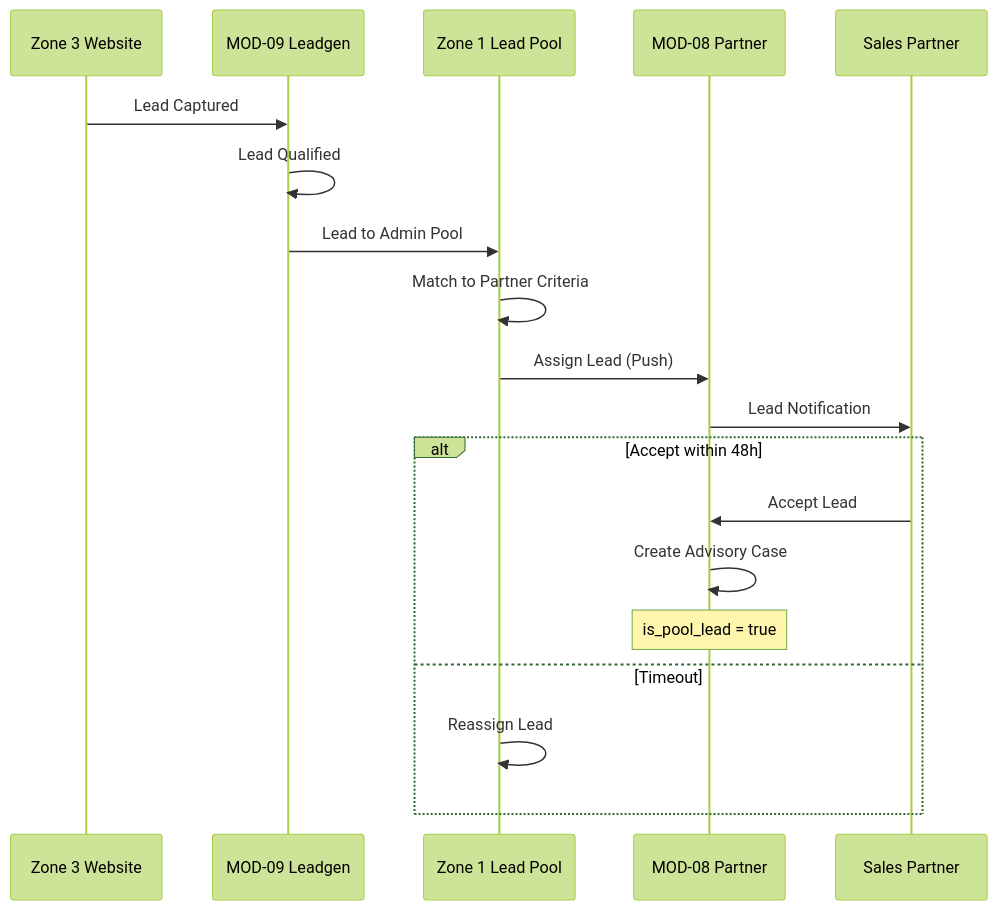
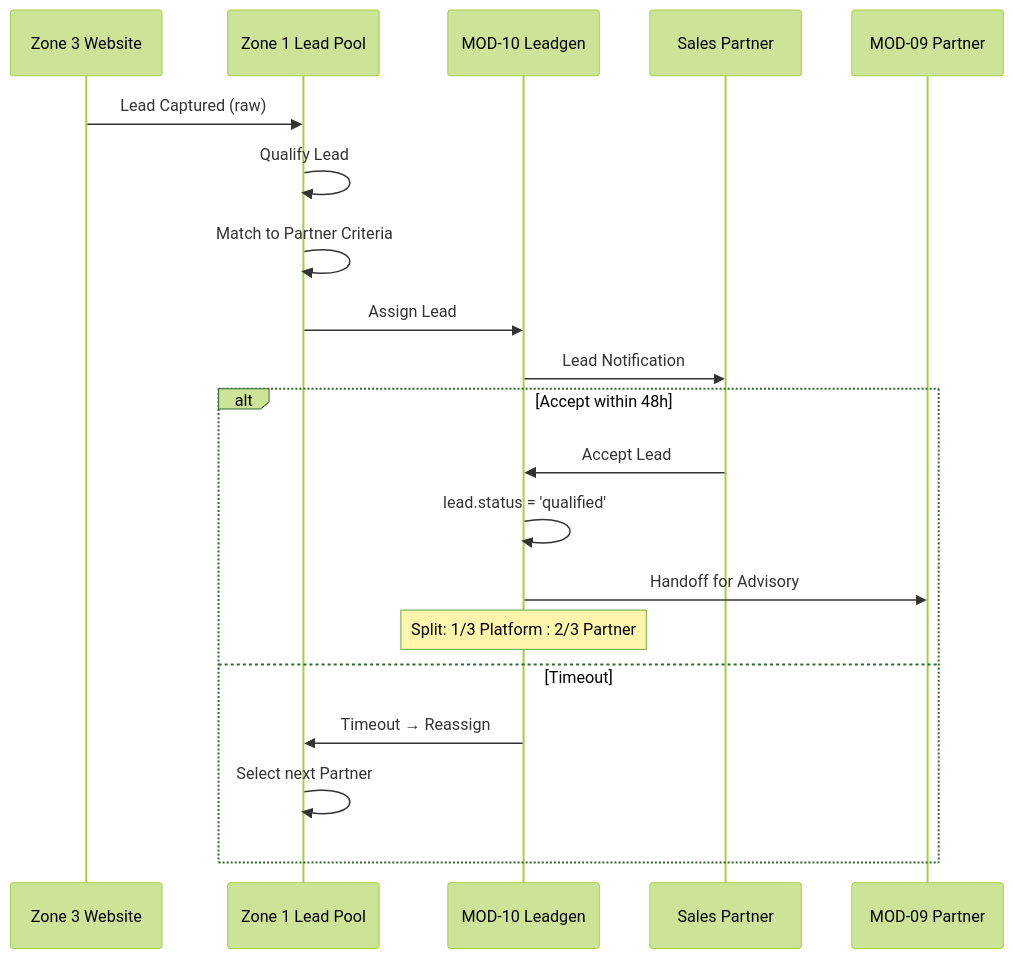
One commit to thomasstelzl1981/town-square-platform changed diagram 15 of 19 in docs/presentation/SYSTEM_DIAGRAM.md. Above: the diagram before and after it, drawn with Mermaid (forest theme). The commit also changed other lines of this file and 4 other files, not shown here.

````diff
--- a/docs/presentation/SYSTEM_DIAGRAM.md
+++ b/docs/presentation/SYSTEM_DIAGRAM.md
@@ -388,23 +482,24 @@
 ```mermaid
 sequenceDiagram
     participant Z3 as Zone 3 Website
-    participant MOD09 as MOD-09 Leadgen
     participant Z1 as Zone 1 Lead Pool
-    participant MOD08 as MOD-08 Partner
+    participant MOD10 as MOD-10 Leadgen
     participant Partner as Sales Partner
+    participant MOD09 as MOD-09 Partner
 
-    Z3->>MOD09: Lead Captured
-    MOD09->>MOD09: Lead Qualified
-    MOD09->>Z1: Lead to Admin Pool
+    Z3->>Z1: Lead Captured (raw)
+    Z1->>Z1: Qualify Lead
     Z1->>Z1: Match to Partner Criteria
-    Z1->>MOD08: Assign Lead (Push)
-    MOD08->>Partner: Lead Notification
+    Z1->>MOD10: Assign Lead
+    MOD10->>Partner: Lead Notification
     
     alt Accept within 48h
-        Partner->>MOD08: Accept Lead
-        MOD08->>MOD08: Create Advisory Case
-        Note over MOD08: is_pool_lead = true
+        Partner->>MOD10: Accept Lead
+        MOD10->>MOD10: lead.status = 'qualified'
+        MOD10->>MOD09: Handoff for Advisory
+        Note over MOD10: Split: 1/3 Platform : 2/3 Partner
     else Timeout
-        Z1->>Z1: Reassign Lead
+        MOD10->>Z1: Timeout → Reassign
+        Z1->>Z1: Select next Partner
     end
 ```
````
